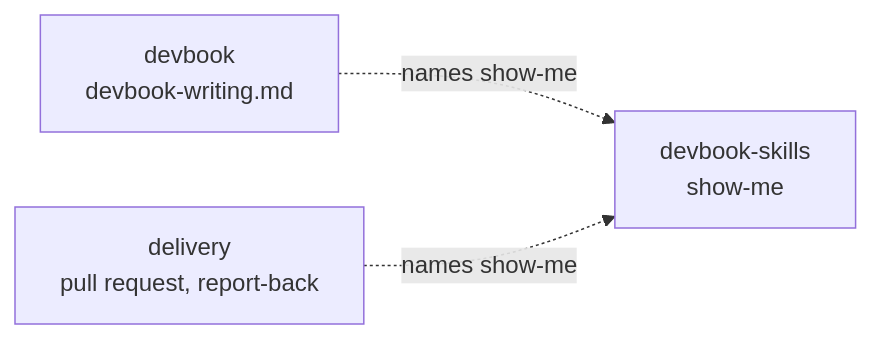
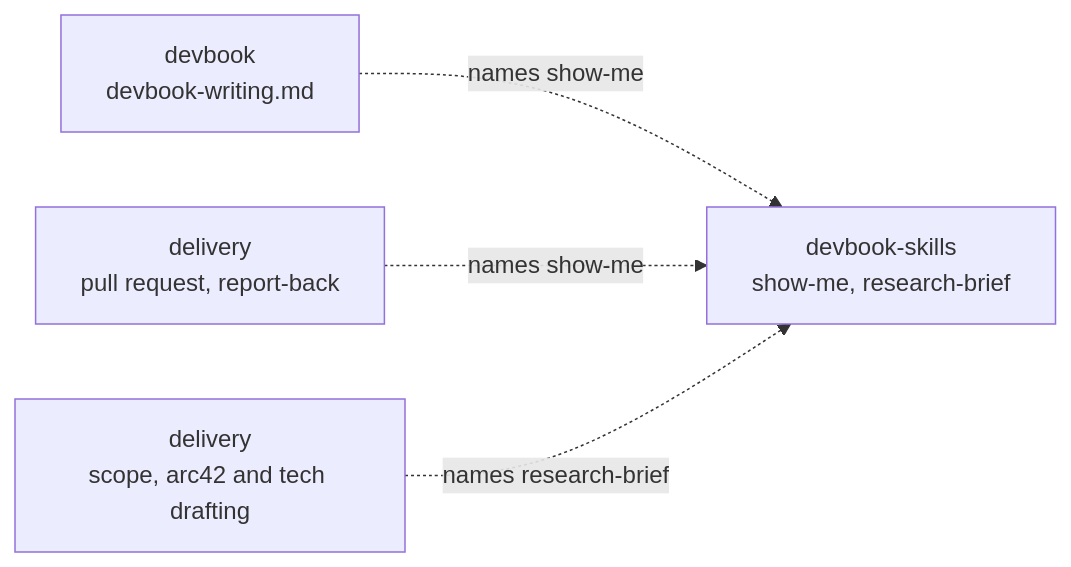
One commit to JSdotNet/ai-agent-stack changed the diagram in .devbook/arc42/building-blocks/devbook-skills.md. Above: the diagram before and after it, drawn with Mermaid. The commit also changed other lines of this file and 11 other files, not shown here.

First line of the commit message:
devbook-skills: add research-brief, named by delivery's scope and drafting

````diff
--- a/.devbook/arc42/building-blocks/devbook-skills.md
+++ b/.devbook/arc42/building-blocks/devbook-skills.md
@@ -71,5 +94,6 @@
 ```mermaid
 flowchart LR
-    DEV["devbook<br/>devbook-writing.md"] -.->|"names show-me"| SK["devbook-skills<br/>show-me"]
+    DEV["devbook<br/>devbook-writing.md"] -.->|"names show-me"| SK["devbook-skills<br/>show-me, research-brief"]
     DEL["delivery<br/>pull request, report-back"] -.->|"names show-me"| SK
+    DELS["delivery<br/>scope, arc42 and tech drafting"] -.->|"names research-brief"| SK
 ```
````
